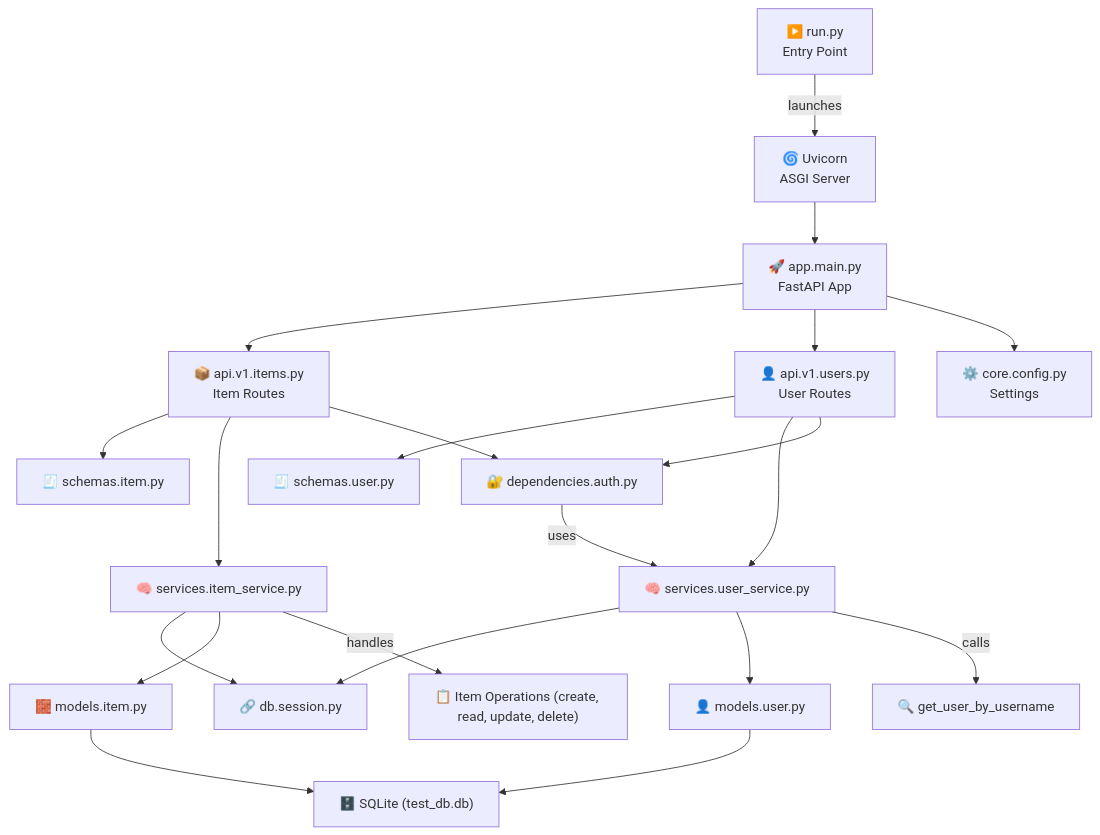
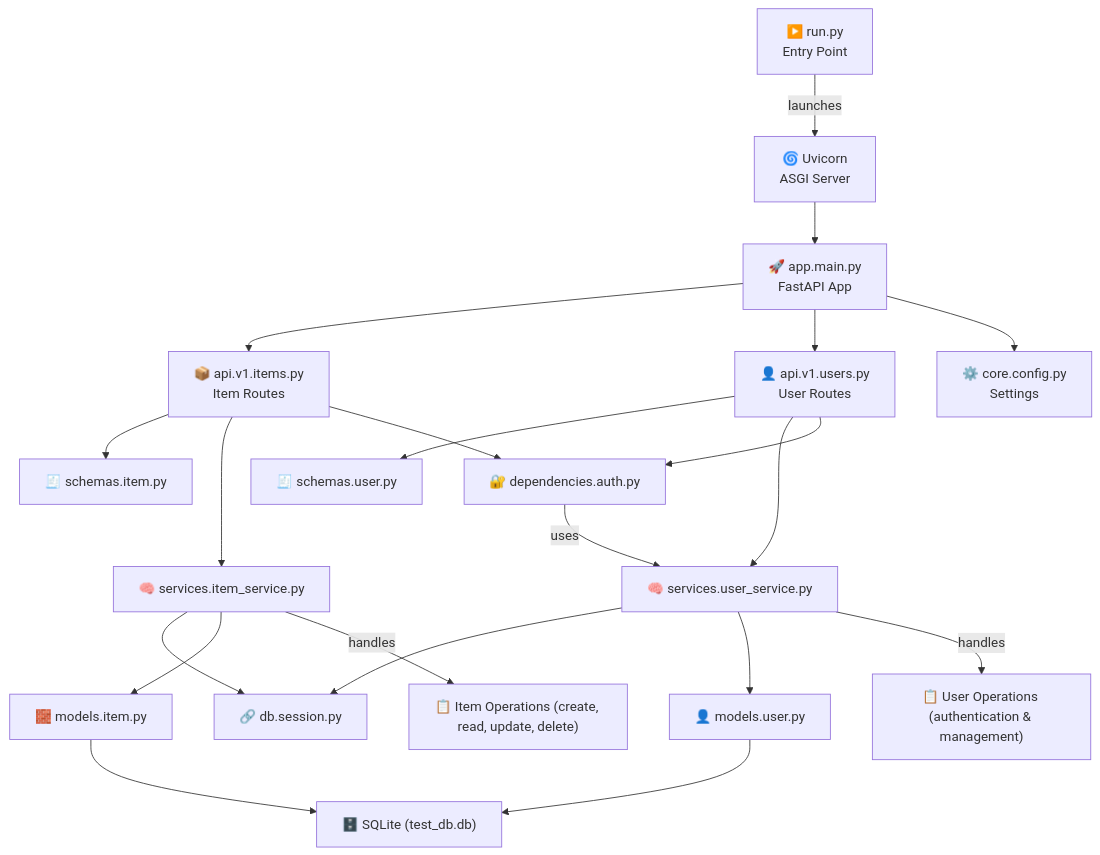
One commit to berserkhmdvhb/fastapi-template-dev changed the first of 2 diagrams in README.md. Above: the diagram before and after it, drawn with Mermaid.

````diff
--- a/README.md
+++ b/README.md
@@ -52,34 +52,34 @@
 ```mermaid
 graph TD
     Run["▶️ run.py<br/>Entry Point"] -->|launches| Uvicorn["🌀 Uvicorn<br/>ASGI Server"]
     Uvicorn --> AppMain["🚀 app.main.py<br/>FastAPI App"]
 
     %% App Layer
     AppMain --> ItemRouter["📦 api.v1.items.py<br/>Item Routes"]
     AppMain --> UserRouter["👤 api.v1.users.py<br/>User Routes"]
     AppMain --> Settings["⚙️ core.config.py<br/>Settings"]
 
     %% Routers
     ItemRouter --> ItemSchemas["🧾 schemas.item.py"]
     ItemRouter --> ItemService["🧠 services.item_service.py"]
     ItemRouter --> Auth["🔐 dependencies.auth.py"]
 
     UserRouter --> UserSchemas["🧾 schemas.user.py"]
     UserRouter --> UserService["🧠 services.user_service.py"]
     UserRouter --> Auth
 
     %% Services to DB
     ItemService --> Session["🔗 db.session.py"]
     UserService --> Session
 
     ItemService --> ItemModel["🧱 models.item.py"]
     UserService --> UserModel["👤 models.user.py"]
 
     ItemModel --> DB["🗄️ SQLite (test_db.db)"]
     UserModel --> DB
 
     %% Abstract service calls
     Auth -->|uses| UserService["🧠 services.user_service.py"]
-    UserService -->|calls| get_user_by_username["🔍 get_user_by_username"]
+    UserService -->|handles| UserOperations["📋 User Operations (authentication & management)"]
     ItemService -->|handles| ItemOperations["📋 Item Operations (create, read, update, delete)"]
 ```
````
